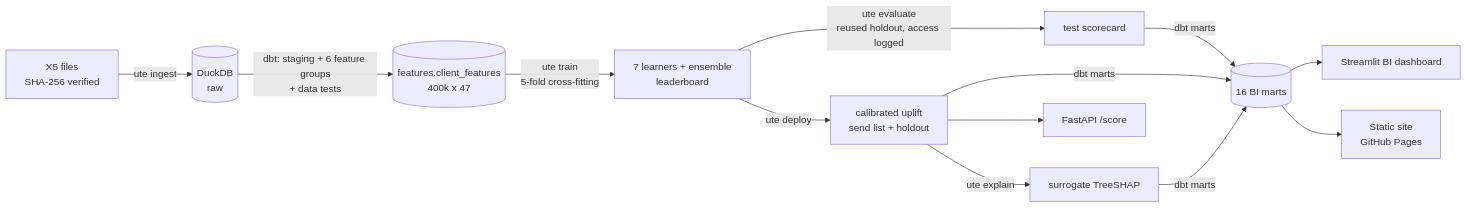
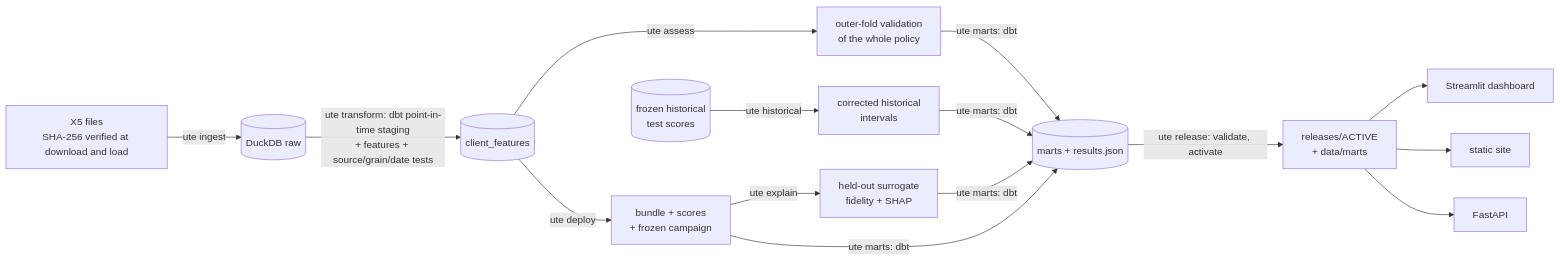
One commit to NirmalKumar31/uplift-targeting-engine changed the diagram in README.md. Above: the diagram before and after it, drawn with Mermaid. The commit also changed other lines of this file and 2 other files, not shown here.

Commit message:
Docs: methodology rewrite, generated README results block, coverage diagnostic evidence

````diff
--- a/README.md
+++ b/README.md
@@ -80,13 +53,14 @@
 ```mermaid
 flowchart LR
-    A[X5 files<br/>SHA-256 verified] -->|ute ingest| B[(DuckDB<br/>raw)]
-    B -->|dbt: staging + 6 feature groups<br/>+ data tests| C[(features.client_features<br/>400k x 47)]
-    C -->|ute train<br/>5-fold cross-fitting| D[7 learners + ensemble<br/>leaderboard]
-    D -->|ute evaluate<br/>reused holdout, access logged| E[test scorecard]
-    D -->|ute deploy| F[calibrated uplift<br/>send list + holdout]
-    F -->|ute explain| G[surrogate TreeSHAP]
-    E & F & G -->|dbt marts| H[(16 BI marts)]
-    H --> I[Streamlit BI dashboard]
-    H --> J[Static site<br/>GitHub Pages]
-    F --> K[FastAPI /score]
+    A[X5 files<br/>SHA-256 verified at download and load] -->|ute ingest| B[(DuckDB raw)]
+    B -->|ute transform: dbt point-in-time staging<br/>+ features + source/grain/date tests| C[(client_features)]
+    C -->|ute assess| D[outer-fold validation<br/>of the whole policy]
+    C -->|ute deploy| E[bundle + scores<br/>+ frozen campaign]
+    S[(frozen historical<br/>test scores)] -->|ute historical| F[corrected historical<br/>intervals]
+    E -->|ute explain| G[held-out surrogate<br/>fidelity + SHAP]
+    D & E & F & G -->|ute marts: dbt| H[(marts + results.json)]
+    H -->|ute release: validate, activate| R[releases/ACTIVE<br/>+ data/marts]
+    R --> I[Streamlit dashboard]
+    R --> J[static site]
+    R --> K[FastAPI]
 ```
````
